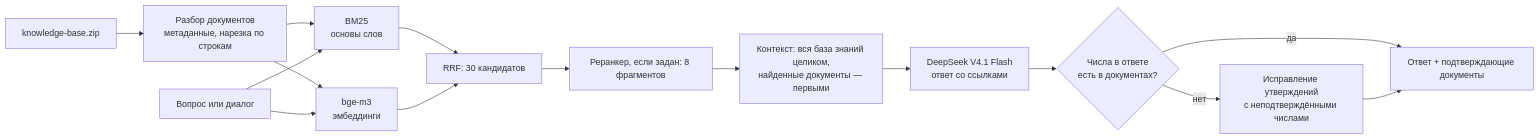
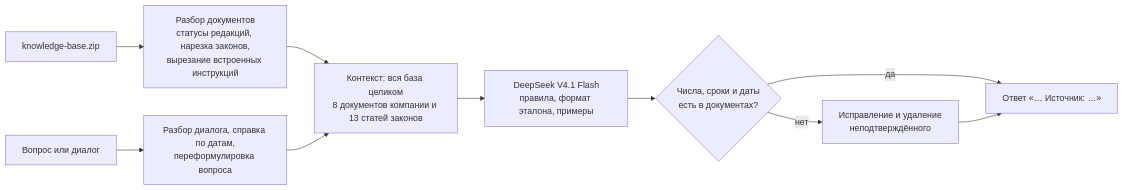
One commit to Asebaie/Triple-I changed the diagram in README.md. Above: the diagram before and after it, drawn with Mermaid. The commit also changed other lines of this file, not shown here.

````diff
--- a/README.md
+++ b/README.md
@@ -7,17 +7,12 @@
 ```mermaid
 flowchart LR
-    KB[knowledge-base.zip] --> P[Разбор документов<br/>метаданные, нарезка по строкам]
-    P --> BM[BM25<br/>основы слов]
-    P --> E[bge-m3<br/>эмбеддинги]
-    Q[Вопрос или диалог] --> BM
-    Q --> E
-    BM --> F[RRF: 30 кандидатов]
-    E --> F
-    F --> R[Реранкер, если задан: 8 фрагментов]
-    R --> C[Контекст: вся база знаний целиком,<br/>найденные документы — первыми]
-    C --> G[DeepSeek V4.1 Flash<br/>ответ со ссылками]
-    G --> V{Числа в ответе<br/>есть в документах?}
-    V -->|да| A[Ответ + подтверждающие документы]
-    V -->|нет| G2[Исправление утверждений<br/>с неподтверждёнными числами]
-    G2 --> A
+    KB[knowledge-base.zip] --> P[Разбор документов<br/>статусы редакций, нарезка законов,<br/>вырезание встроенных инструкций]
+    Q[Вопрос или диалог] --> D[Разбор диалога, справка по датам,<br/>переформулировка вопроса]
+    P --> C[Контекст: вся база целиком<br/>8 документов компании и 13 статей законов]
+    D --> C
+    C --> G[DeepSeek V4.1 Flash<br/>правила, формат эталона, примеры]
+    G --> V{Числа, сроки и даты<br/>есть в документах?}
+    V -->|да| A[Ответ «… Источник: …»]
+    V -->|нет| R[Исправление и удаление<br/>неподтверждённого]
+    R --> A
 ```
````
